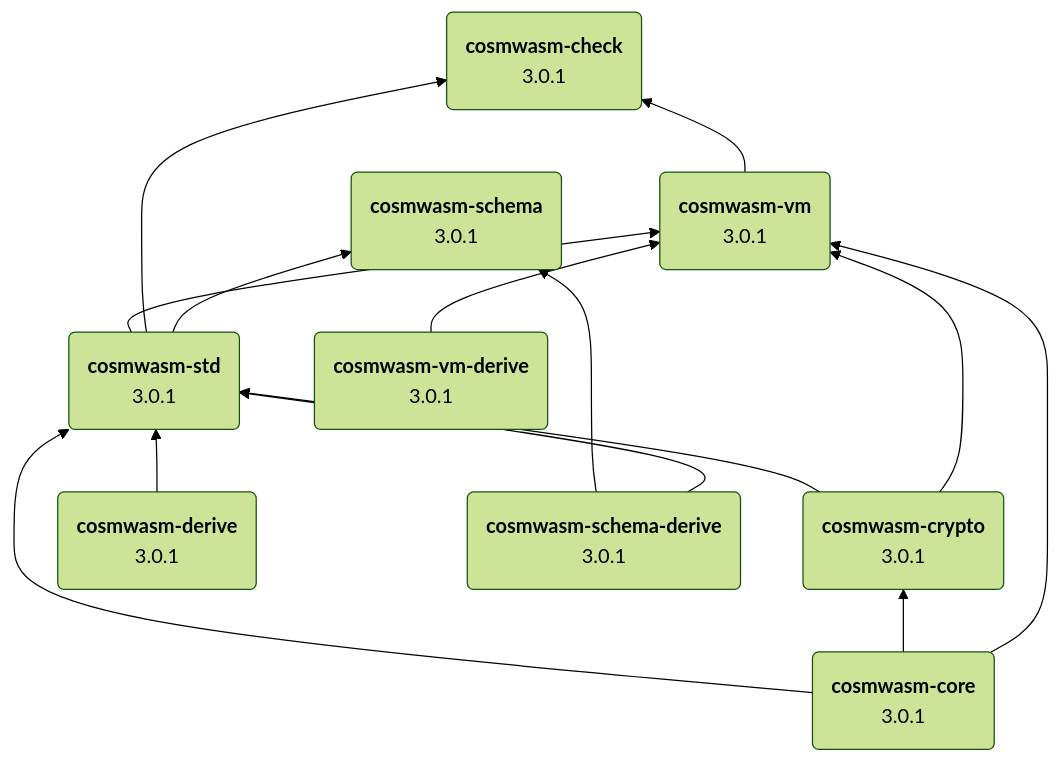
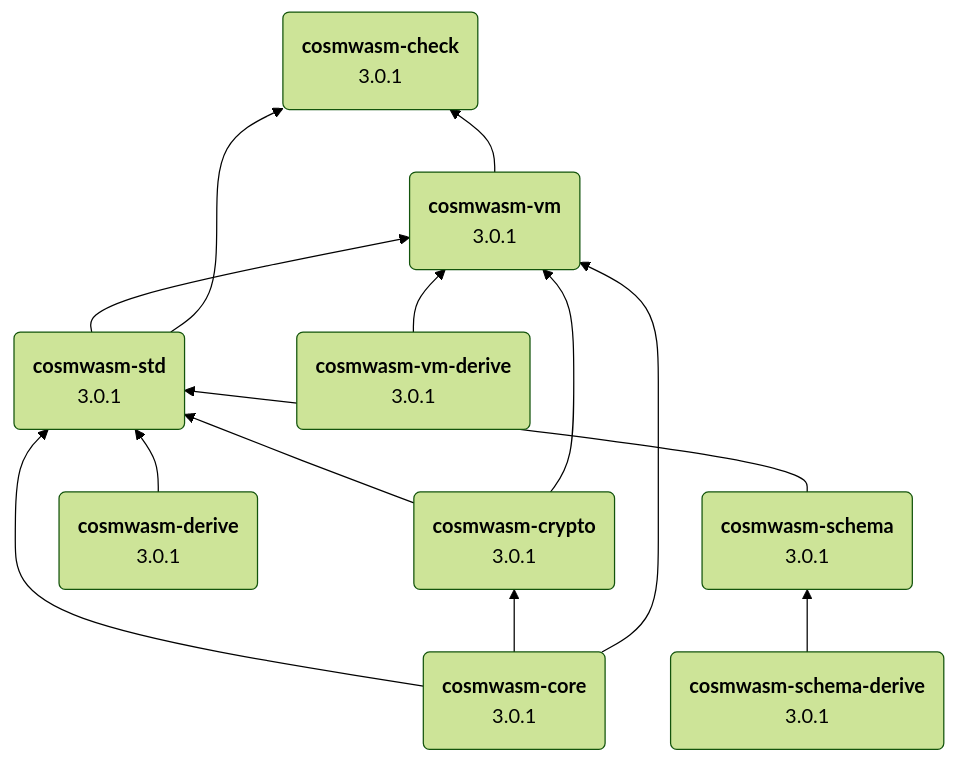
Before and after one commit to DariuszDepta/cosmwasm-notes: the first of 2 diagrams in dependencies/README.md, drawn with Mermaid.

````diff
--- a/dependencies/README.md
+++ b/dependencies/README.md
@@ -5,48 +5,47 @@
 ```mermaid
 ---
 config:
   theme: 'forest'
 ---
 
 graph BT
     A("`**cosmwasm-core**
         3.0.1`")
         
     B("`**cosmwasm-std**
         3.0.1`")
             
     C("`**cosmwasm-crypto**
         3.0.1`")
         
     D("`**cosmwasm-vm**
         3.0.1`")
         
     F("`**cosmwasm-vm-derive**
         3.0.1`")
         
     G("`**cosmwasm-derive**
         3.0.1`")    
         
     J("`**cosmwasm-schema**
         3.0.1`")
 
     K("`**cosmwasm-schema-derive**
         3.0.1`")
         
     L("`**cosmwasm-check**
         3.0.1`")
         
     A --> B
     A --> C
     A --> D
     C --> B
     C --> D
     B --> D
     F --> D
     G --> B
     K --> J
-    K --> B
     B --> L
     D --> L
-    B --> J
+    J --> B
 ```
````
